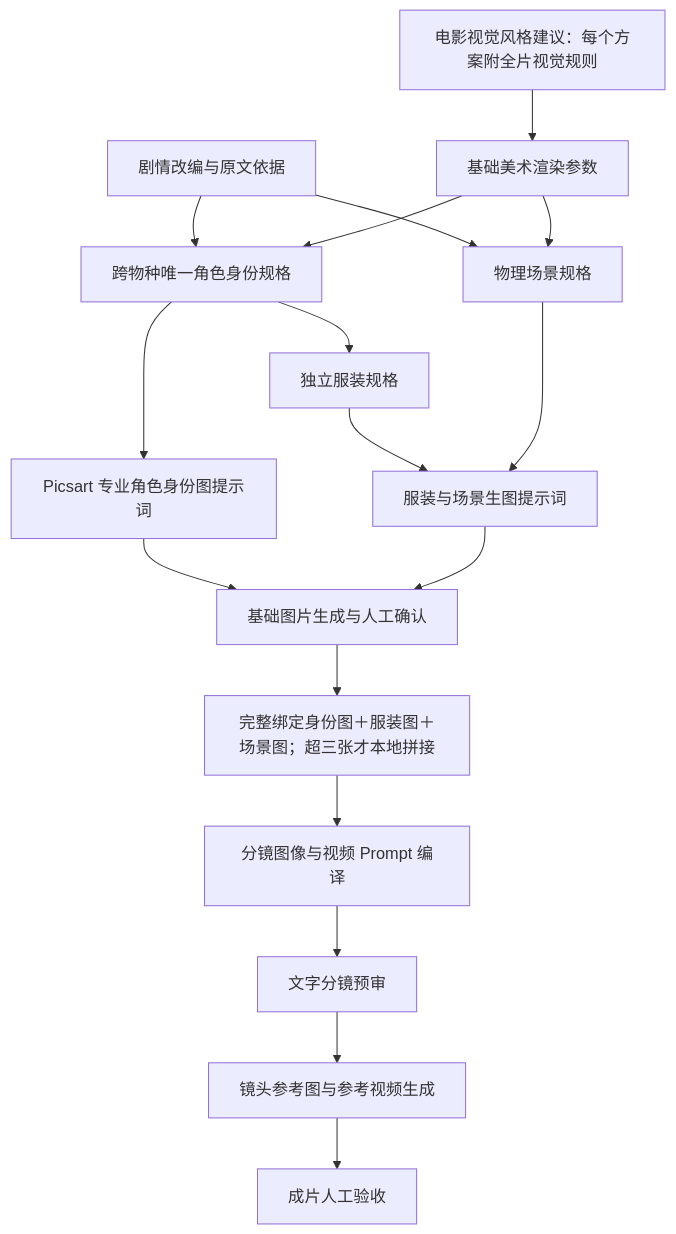
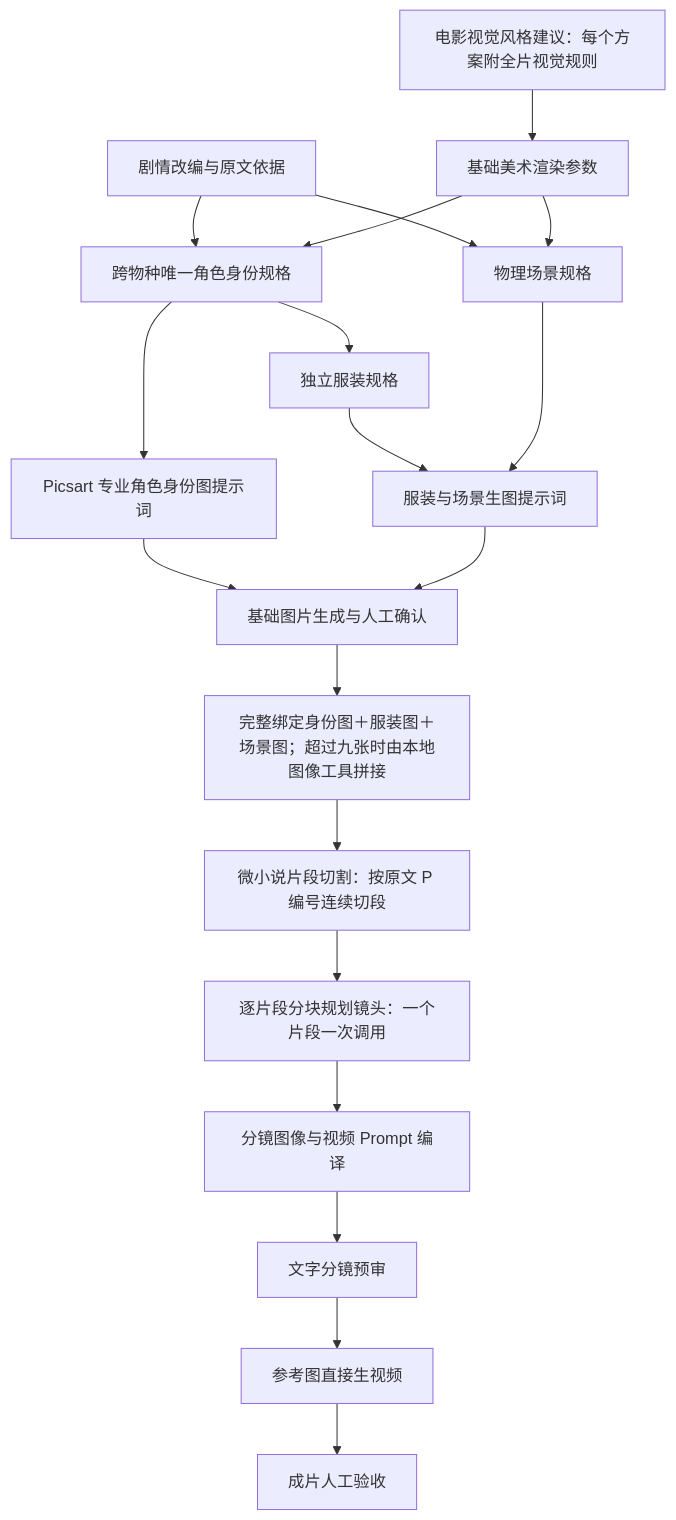
Before and after one commit to Aoike123/Storyloom: the diagram in docs/node-skill-bindings.md, drawn with Mermaid. The commit also changed other lines of this file and 63 other files, not shown here.

````diff
--- a/docs/node-skill-bindings.md
+++ b/docs/node-skill-bindings.md
@@ -7,19 +7,21 @@
 ```mermaid
 flowchart TD
     A[电影视觉风格建议：每个方案附全片视觉规则] --> B[基础美术渲染参数]
     S[剧情改编与原文依据] --> C[跨物种唯一角色身份规格]
     B --> C
     C --> D[独立服装规格]
     S --> E[物理场景规格]
     B --> E
     C --> F1[Picsart 专业角色身份图提示词]
     D --> F2[服装与场景生图提示词]
     E --> F2
     F1 --> G[基础图片生成与人工确认]
     F2 --> G
-    G --> J[完整绑定身份图＋服装图＋场景图；超三张才本地拼接]
-    J --> K[分镜图像与视频 Prompt 编译]
+    G --> J[完整绑定身份图＋服装图＋场景图；超过九张时由本地图像工具拼接]
+    J --> CUT[微小说片段切割：按原文 P 编号连续切段]
+    CUT --> K2[逐片段分块规划镜头：一个片段一次调用]
+    K2 --> K[分镜图像与视频 Prompt 编译]
     K --> L[文字分镜预审]
-    L --> M[镜头参考图与参考视频生成]
+    L --> M[参考图直接生视频]
     M --> N[成片人工验收]
 ```
````
